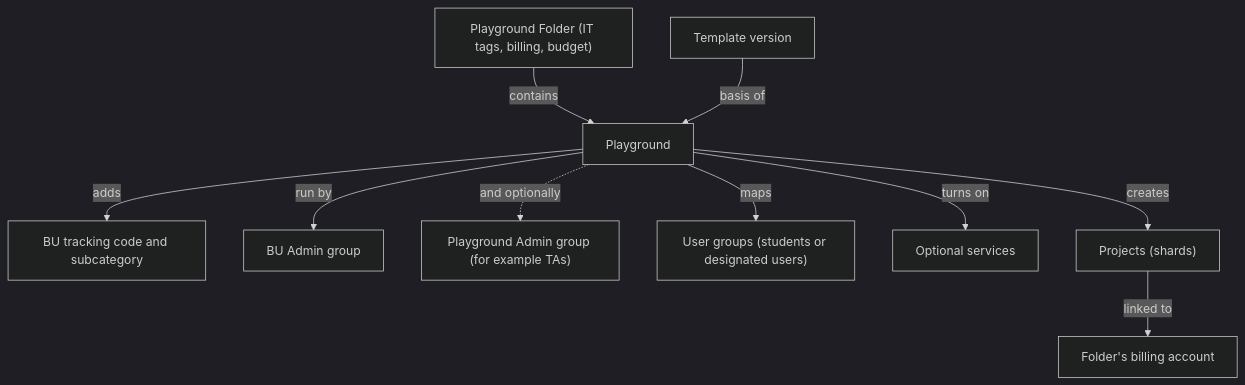
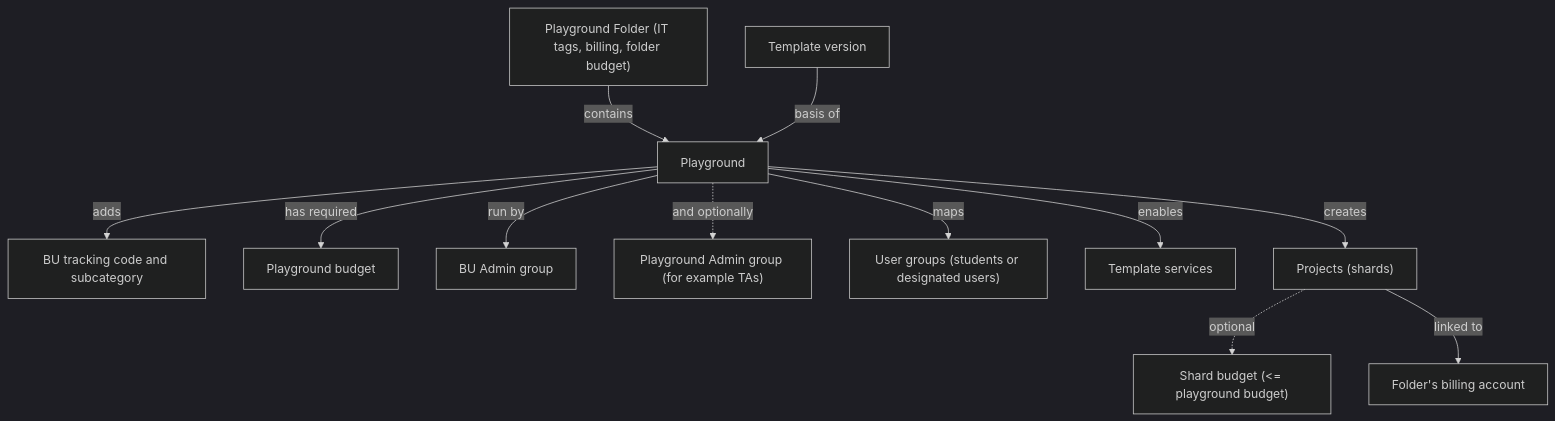
One commit to shankyram1912/crucible-learning-sandbox changed the third of 4 diagrams in specs/01-brs/brs-master.md. Above: the diagram before and after it, drawn with Mermaid (dark theme). The commit also changed other lines of this file, not shown here.

````diff
--- a/specs/01-brs/brs-master.md
+++ b/specs/01-brs/brs-master.md
@@ -112,12 +111,14 @@
 ```mermaid
 flowchart TD
-  PF["Playground Folder (IT tags, billing, budget)"] -->|"contains"| PG["Playground"]
+  PF["Playground Folder (IT tags, billing, folder budget)"] -->|"contains"| PG["Playground"]
   TV["Template version"] -->|"basis of"| PG
   PG -->|"adds"| BUT["BU tracking code and subcategory"]
+  PG -->|"has required"| PGBUD["Playground budget"]
   PG -->|"run by"| BUG["BU Admin group"]
   PG -.->|"and optionally"| PAG["Playground Admin group (for example TAs)"]
   PG -->|"maps"| SG["User groups (students or designated users)"]
-  PG -->|"turns on"| OPT["Optional services"]
+  PG -->|"enables"| OPT["Template services"]
   PG -->|"creates"| PRJ["Projects (shards)"]
+  PRJ -.->|"optional"| SHBUD["Shard budget (<= playground budget)"]
   PRJ -->|"linked to"| BA["Folder's billing account"]
 ```
````
